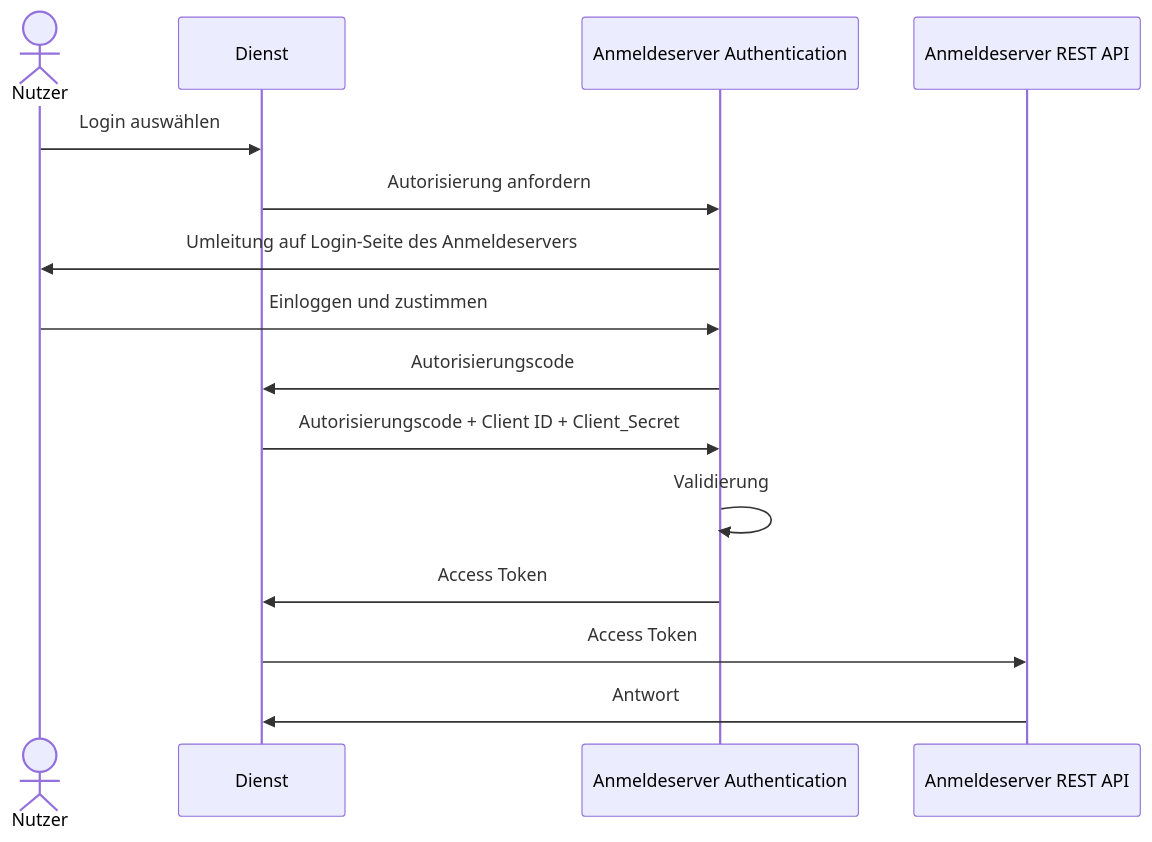
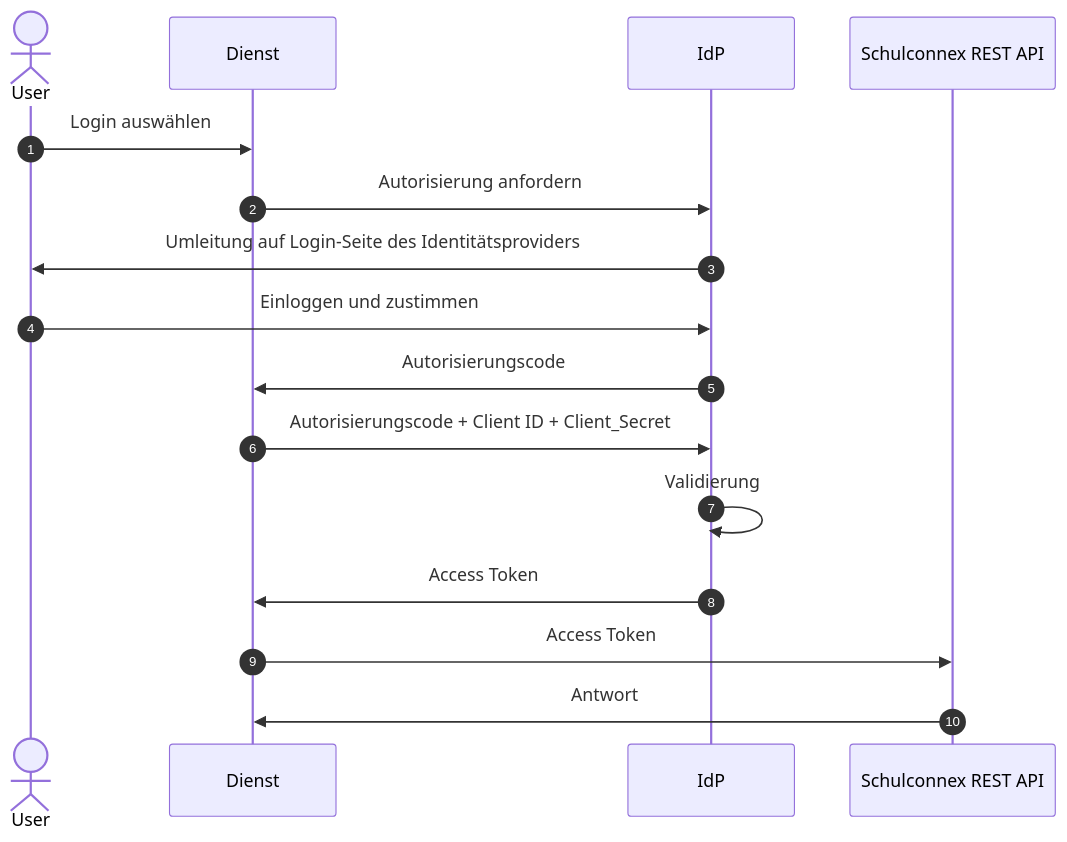
The diagram in docs/schnittstellen/autorisierung-dienste.md (Schulconnex/Schulconnex), drawn with Mermaid before and after one commit.

Commit message:
#409 Sequenzdiagramm Autorisierung Authentisierung anpassen
Anpassung an' Medium aufrufen':
Umbenennung von Actors - User statt Nutzer, IdP statt Anmeldeserver Authentification, Schulconnex REST API statt Anmeldeserver REST-API/
Nummerierung der einzelnen Sequenzschritte.

````diff
--- a/docs/schnittstellen/autorisierung-dienste.md
+++ b/docs/schnittstellen/autorisierung-dienste.md
@@ -30,17 +30,18 @@
 ```mermaid
 sequenceDiagram
-  actor N as Nutzer
+  autonumber
+  actor N as User
   participant D as Dienst
-  participant Auth as Anmeldeserver Authentication
-  participant API as Anmeldeserver REST API
+  participant Auth as IdP
+  participant API as Schulconnex REST API
   N->>D: Login auswählen
   D->>Auth: Autorisierung anfordern
-  Auth->>N: Umleitung auf Login-Seite des Anmeldeservers
+  Auth->>N: Umleitung auf Login-Seite des Identitätsproviders
   N->>Auth: Einloggen und zustimmen
   Auth->>D: Autorisierungscode
   D->>Auth: Autorisierungscode + Client ID + Client_Secret
   Auth->>Auth: Validierung
   Auth->>D: Access Token
   D->>API: Access Token
   API->>D: Antwort
 ```
````
